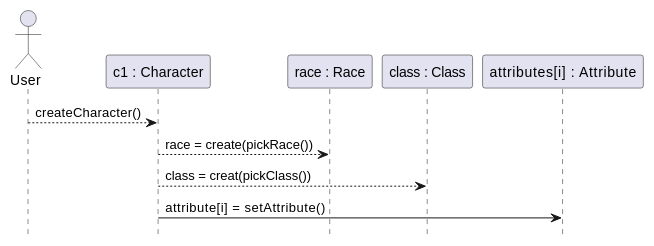
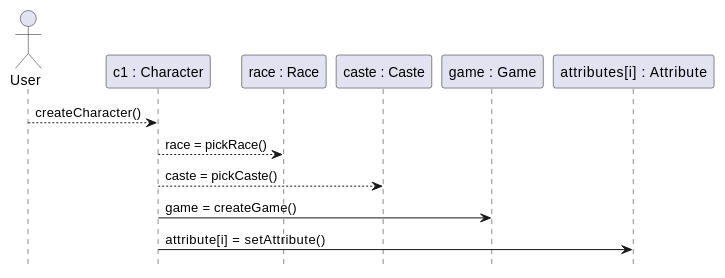
The second of 7 diagrams in doc/design.md (dgoldman30/Dungeon_Crawler), drawn with PlantUML before and after one commit. The commit also changed other lines of this file and 1 other file, not shown here.

````diff
--- a/doc/design.md
+++ b/doc/design.md
@@ -89,18 +89,19 @@
 ```plantuml
 
 @startuml
 hide footbox
 
 actor User
 participant "c1 : Character" as character
 participant "race : Race" as race
-participant "class : Class" as class
+participant "caste : Caste" as caste
+participant "game : Game" as game
 participant "attributes[i] : Attribute" as attribute
 
 User --> character : createCharacter()
-character --> race : race = create(pickRace())
-character --> class : class = creat(pickClass())
+character --> race : race = pickRace()
+character --> caste : caste = pickCaste()
+character -> game : game = createGame()
 character -> attribute : attribute[i] = setAttribute()
-
 @enduml
 ```
````
